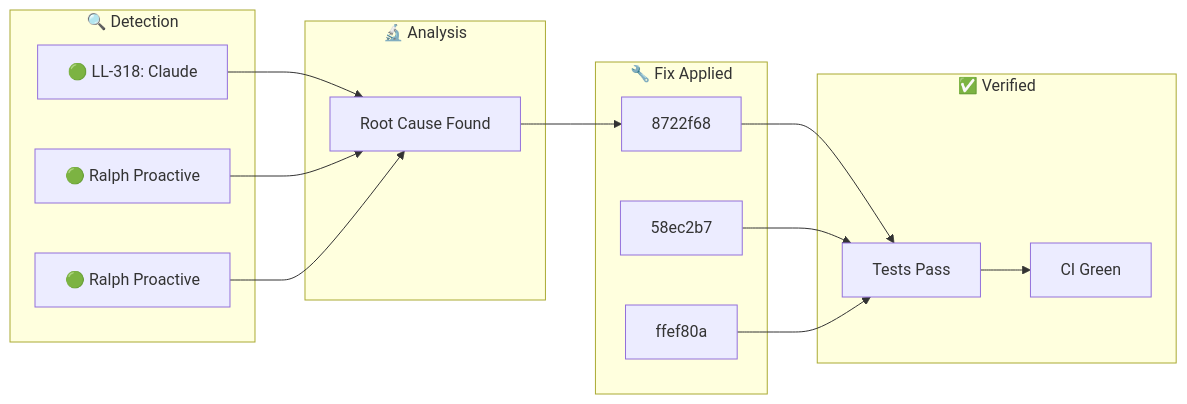
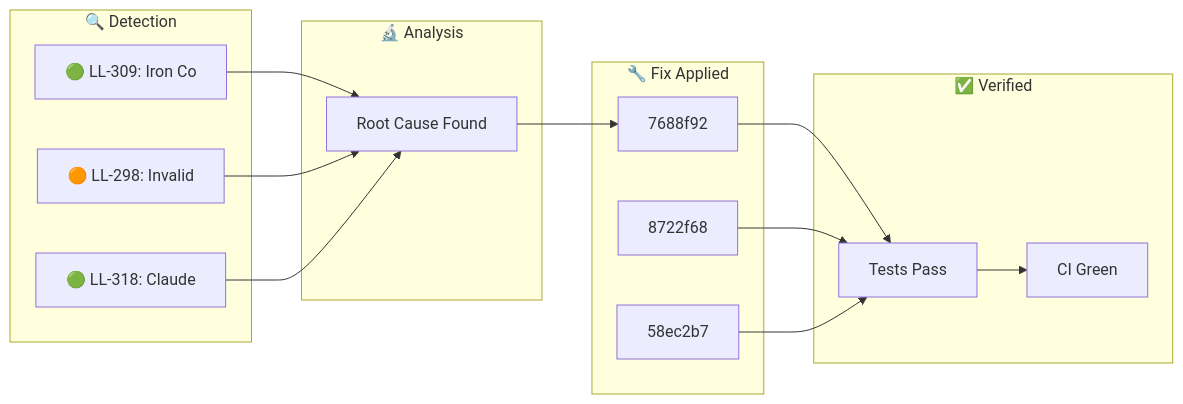
The diagram in docs/_posts/2026-01-30-ralph-discovery.md (YoByron/trading), drawn with Mermaid before and after one commit. The commit also changed other lines of this file, not shown here.

Commit message:
docs(ralph): Auto-publish discovery blog post

````diff
--- a/docs/_posts/2026-01-30-ralph-discovery.md
+++ b/docs/_posts/2026-01-30-ralph-discovery.md
@@ -17,28 +17,28 @@
 ```mermaid
 flowchart LR
     subgraph Detection["🔍 Detection"]
-        D1["🟢 LL-318: Claude "]
-        D2["🟢 Ralph Proactive"]
-        D3["🟢 Ralph Proactive"]
+        D1["🟢 LL-309: Iron Co"]
+        D2["🟠 LL-298: Invalid"]
+        D3["🟢 LL-318: Claude "]
     end
     subgraph Analysis["🔬 Analysis"]
         A1["Root Cause Found"]
     end
     subgraph Fix["🔧 Fix Applied"]
-        F1["8722f68"]
-        F2["58ec2b7"]
-        F3["ffef80a"]
+        F1["7688f92"]
+        F2["8722f68"]
+        F3["58ec2b7"]
     end
     subgraph Verify["✅ Verified"]
         V1["Tests Pass"]
         V2["CI Green"]
     end
     D1 --> A1
     D2 --> A1
     D3 --> A1
     A1 --> F1
     F1 --> V1
     F2 --> V1
     F3 --> V1
     V1 --> V2
 ```
````
